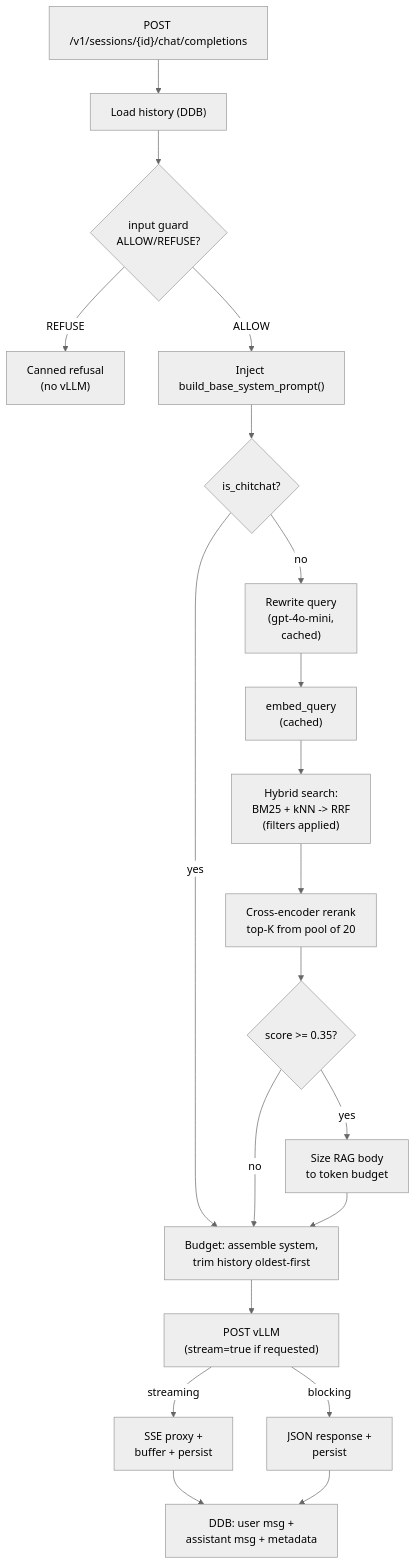
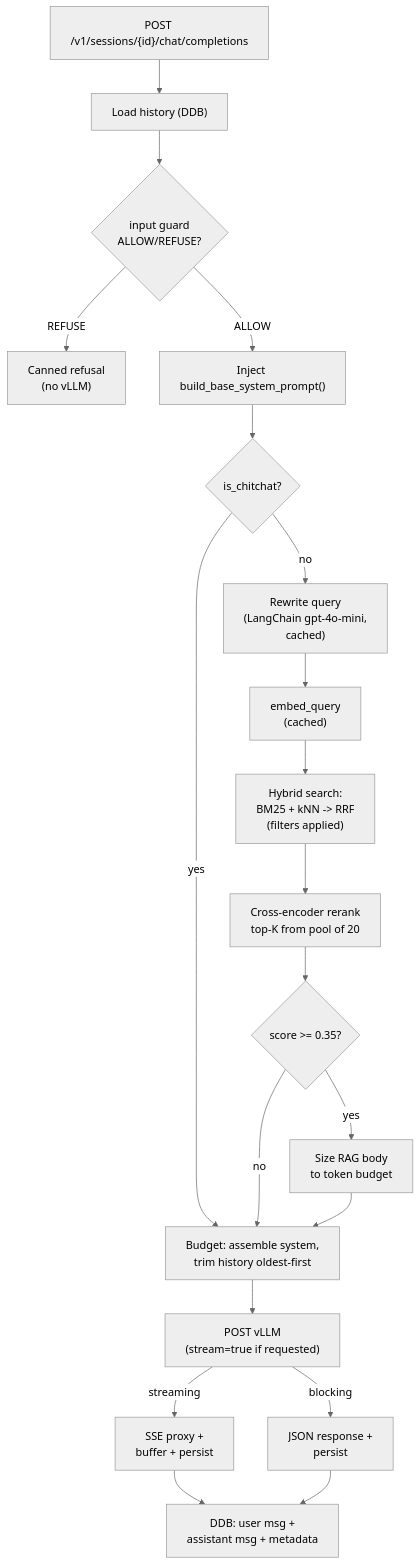
The diagram in gateway/RAG_ARCHITECTURE.md (yvasilyev92/rag-chatbot-no-agentic), drawn with Mermaid (neutral theme) before and after one commit. The commit also changed other lines of this file and 29 other files, not shown here.

````diff
--- a/gateway/RAG_ARCHITECTURE.md
+++ b/gateway/RAG_ARCHITECTURE.md
@@ -25,22 +25,22 @@
 ```mermaid
 flowchart TD
     request["POST /v1/sessions/{id}/chat/completions"] --> history["Load history (DDB)"]
     history --> guard{"input guard<br/>ALLOW/REFUSE?"}
     guard -->|REFUSE| canned["Canned refusal<br/>(no vLLM)"]
     guard -->|ALLOW| base["Inject build_base_system_prompt()"]
     base --> gate{"is_chitchat?"}
     gate -->|yes| budget
-    gate -->|no| rewrite["Rewrite query<br/>(gpt-4o-mini,<br/>cached)"]
+    gate -->|no| rewrite["Rewrite query<br/>(LangChain gpt-4o-mini,<br/>cached)"]
     rewrite --> embed["embed_query<br/>(cached)"]
     embed --> hybrid["Hybrid search:<br/>BM25 + kNN -> RRF<br/>(filters applied)"]
     hybrid --> rerank["Cross-encoder rerank<br/>top-K from pool of 20"]
     rerank --> floor{"score >= 0.35?"}
     floor -->|no| budget
     floor -->|yes| sizing["Size RAG body<br/>to token budget"]
     sizing --> budget["Budget: assemble system,<br/>trim history oldest-first"]
     budget --> vllm["POST vLLM<br/>(stream=true if requested)"]
     vllm -->|streaming| sse["SSE proxy +<br/>buffer + persist"]
     vllm -->|blocking| json["JSON response +<br/>persist"]
     sse --> ddb["DDB: user msg +<br/>assistant msg + metadata"]
     json --> ddb
 ```
````
